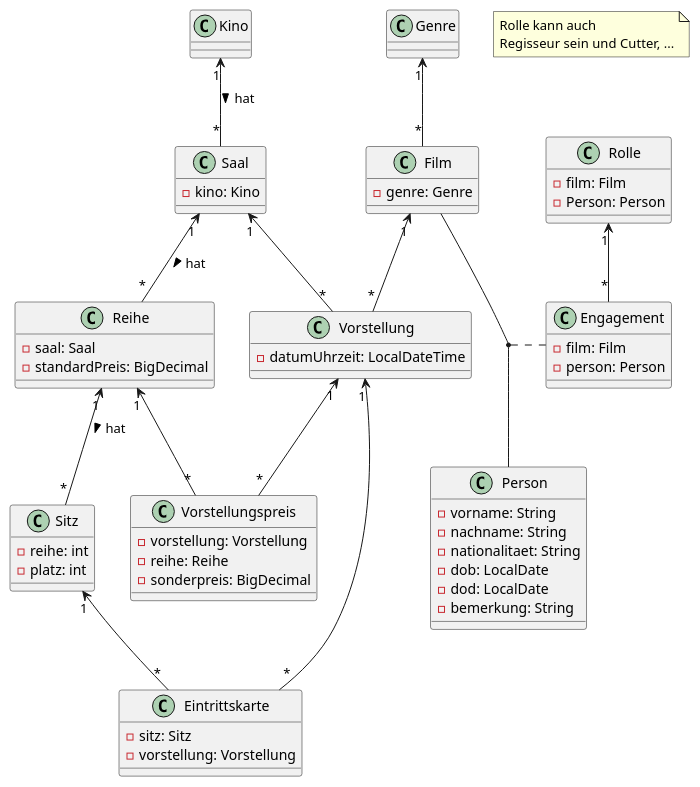
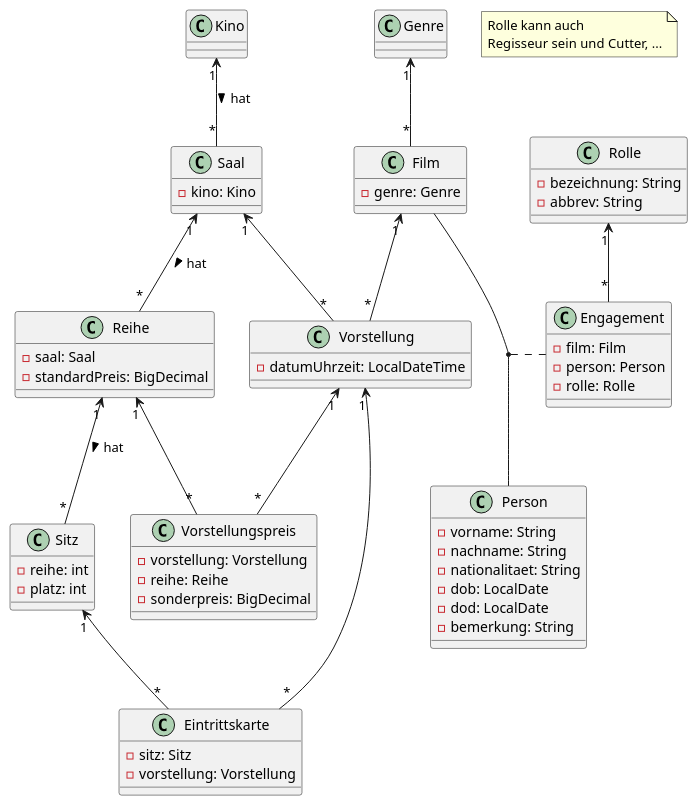
One commit to raphaelabl/lecture-notes changed the diagram in asciidocs/plantuml/kinokette-musterloesung-variante-mit-rolle.puml. Above: the diagram before and after it, drawn with PlantUML. The commit also changed 2 other files, not shown here.

```diff
--- a/asciidocs/plantuml/kinokette-musterloesung-variante-mit-rolle.puml
+++ b/asciidocs/plantuml/kinokette-musterloesung-variante-mit-rolle.puml
@@ -1,76 +1,77 @@
 @startuml
 class Kino {
 }
 
 class Saal {
   -kino: Kino
 }
 
 class Genre {
 }
 
 class Film {
   -genre: Genre
 }
 
 class Sitz {
   -reihe: int
   -platz: int
 }
 
 class Vorstellung {
   -datumUhrzeit: LocalDateTime
 }
 
 
 class Reihe {
   -saal: Saal
   -standardPreis: BigDecimal
 }
 
 class Vorstellungspreis {
   -vorstellung: Vorstellung
   -reihe: Reihe
   -sonderpreis: BigDecimal
 }
 
 class Eintrittskarte {
   -sitz: Sitz
   -vorstellung: Vorstellung
 }
 
 class Person {
   -vorname: String
   -nachname: String
   -nationalitaet: String
   -dob: LocalDate
   -dod: LocalDate
   -bemerkung: String
 }
 
 
 class Rolle {
-  -film: Film
-  -Person: Person
+  -bezeichnung: String
+  -abbrev: String
 }
 
 class Engagement {
   -film: Film
   -person: Person
+  -rolle: Rolle
 }
 
 note "Rolle kann auch \nRegisseur sein und Cutter, ..." as N1
 
 Kino "1" <-- "*" Saal: hat >
 Saal "1" <-- "*" Reihe: hat >
 Reihe "1" <-- "*" Sitz: hat >
 Saal "1" <-- "*" Vorstellung
 Vorstellung "1" <-- "*" Vorstellungspreis
 Reihe "1" <-- "*" Vorstellungspreis
 Sitz "1" <-- "*" Eintrittskarte
 Vorstellung "1" <-- "*" Eintrittskarte
 Genre "1" <-- "*" Film
 (Film,Person) .. Engagement
 Rolle "1" <-- "*" Engagement
 Film "1" <-- "*" Vorstellung
 @enduml
```
